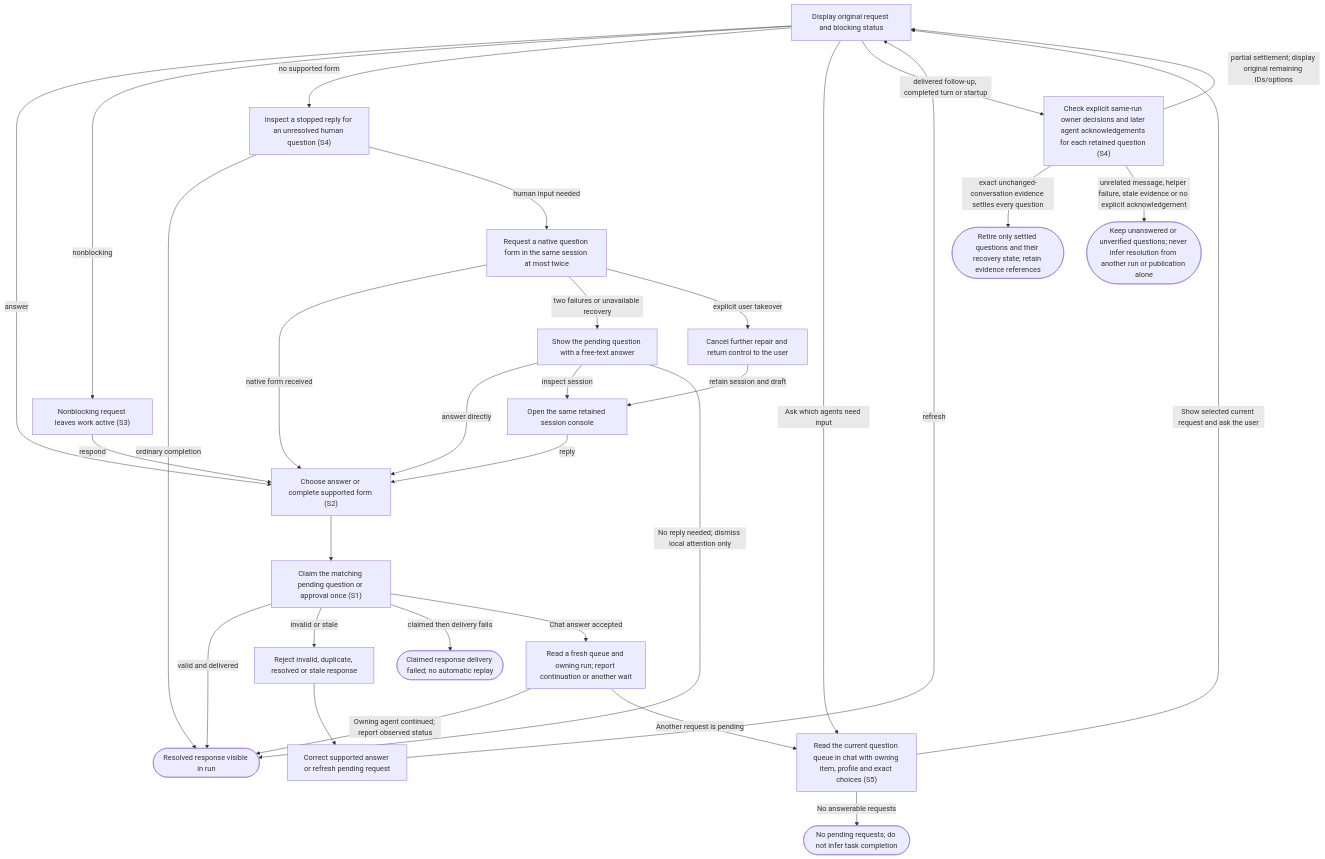
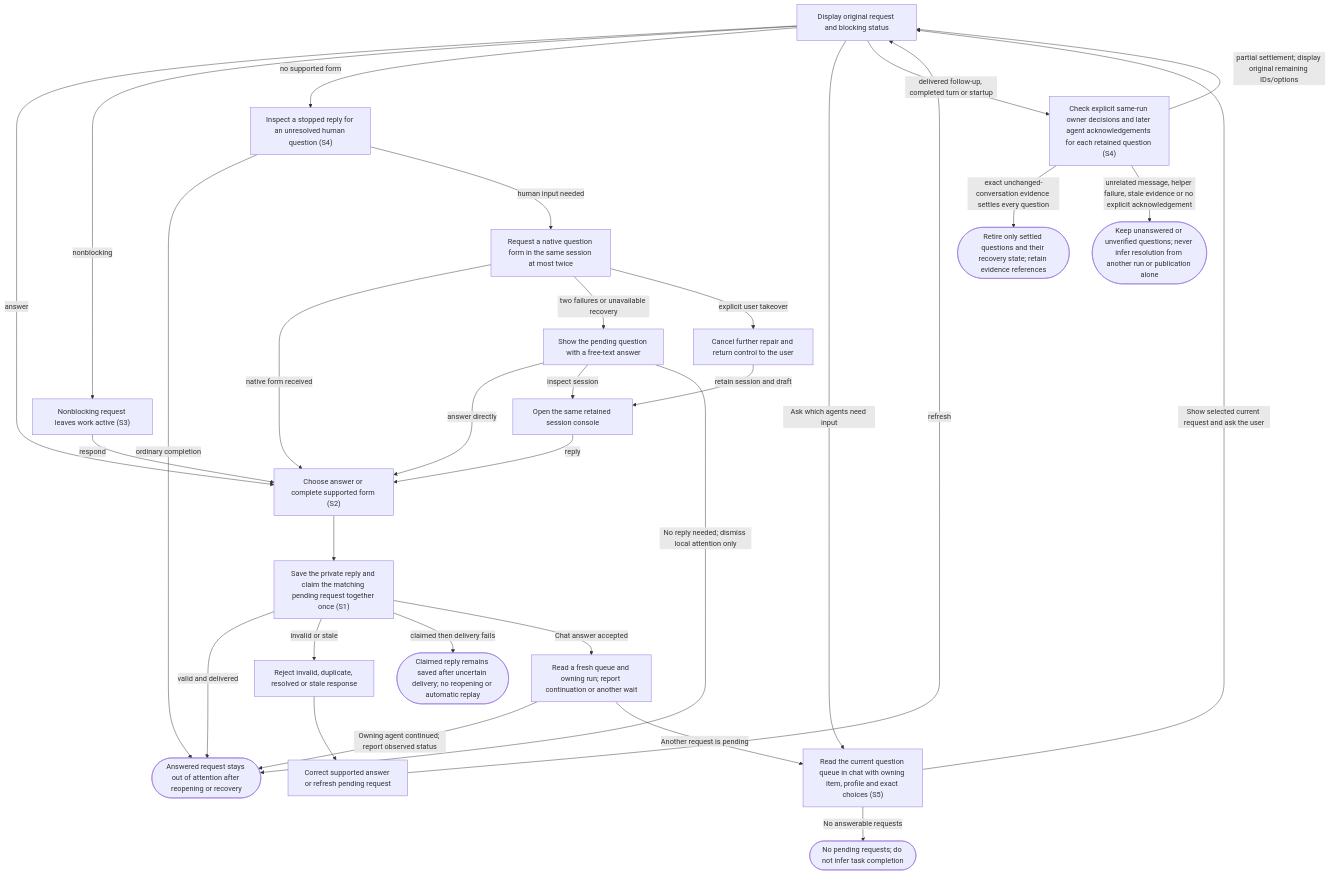
The diagram in docs/user-flows/answer-attention.md (dk-code-factory/code-factory-plugin), drawn with Mermaid before and after one commit. The commit also changed other lines of this file and 24 other files, not shown here.

First line of the commit message:
Persist attention replies and keep answered requests closed

````diff
--- a/docs/user-flows/answer-attention.md
+++ b/docs/user-flows/answer-attention.md
@@ -65,52 +73,52 @@
 ```mermaid
 flowchart TD
     N0["Display original request and blocking status"]
     N1["Choose answer or complete supported form #40;S2#41;"]
-    N2["Claim the matching pending question or approval once #40;S1#41;"]
-    N3(["Resolved response visible in run"])
+    N2["Save the private reply and claim the matching pending request together once #40;S1#41;"]
+    N3(["Answered request stays out of attention after reopening or recovery"])
     N4["Reject invalid, duplicate, resolved or stale response"]
     N5["Correct supported answer or refresh pending request"]
-    N6(["Claimed response delivery failed#59; no automatic replay"])
+    N6(["Claimed reply remains saved after uncertain delivery#59; no reopening or automatic replay"])
     N7["Nonblocking request leaves work active #40;S3#41;"]
     N8["Inspect a stopped reply for an unresolved human question #40;S4#41;"]
     N9["Request a native question form in the same session at most twice"]
     N10["Show the pending question with a free-text answer"]
     N11["Open the same retained session console"]
     N12["Cancel further repair and return control to the user"]
     N13["Read the current question queue in chat with owning item, profile and exact choices #40;S5#41;"]
     N14(["No pending requests#59; do not infer task completion"])
     N15["Read a fresh queue and owning run#59; report continuation or another wait"]
     N16["Check explicit same-run owner decisions and later agent acknowledgements for each retained question #40;S4#41;"]
     N17(["Retire only settled questions and their recovery state#59; retain evidence references"])
     N18(["Keep unanswered or unverified questions#59; never infer resolution from another run or publication alone"])
     N0 -->|"answer"| N1
     N0 -->|"nonblocking"| N7
     N7 -->|"respond"| N1
     N1 --> N2
     N2 -->|"valid and delivered"| N3
     N2 -->|"invalid or stale"| N4
     N4 --> N5
     N5 -->|"refresh"| N0
     N2 -->|"claimed then delivery fails"| N6
     N0 -->|"no supported form"| N8
     N8 -->|"ordinary completion"| N3
     N8 -->|"human input needed"| N9
     N9 -->|"native form received"| N1
     N9 -->|"two failures or unavailable recovery"| N10
     N10 -->|"answer directly"| N1
     N10 -->|"inspect session"| N11
     N11 -->|"reply"| N1
     N9 -->|"explicit user takeover"| N12
     N12 -->|"retain session and draft"| N11
     N10 -->|"No reply needed#59; dismiss local attention only"| N3
     N0 -->|"Ask which agents need input"| N13
     N13 -->|"Show selected current request and ask the user"| N0
     N13 -->|"No answerable requests"| N14
     N2 -->|"Chat answer accepted"| N15
     N15 -->|"Owning agent continued#59; report observed status"| N3
     N15 -->|"Another request is pending"| N13
     N0 -->|"delivered follow-up, completed turn or startup"| N16
     N16 -->|"exact unchanged-conversation evidence settles every question"| N17
     N16 -->|"partial settlement#59; display original remaining IDs/options"| N0
     N16 -->|"unrelated message, helper failure, stale evidence or no explicit acknowledgement"| N18
 ```
````
